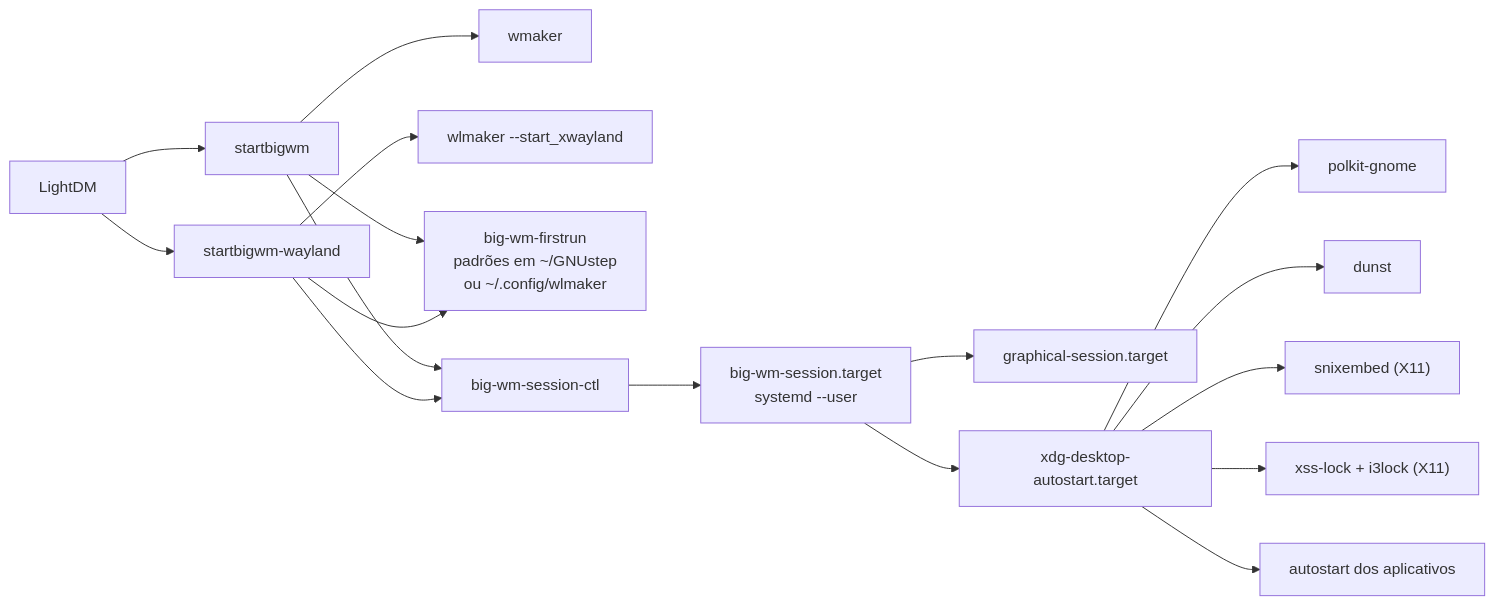
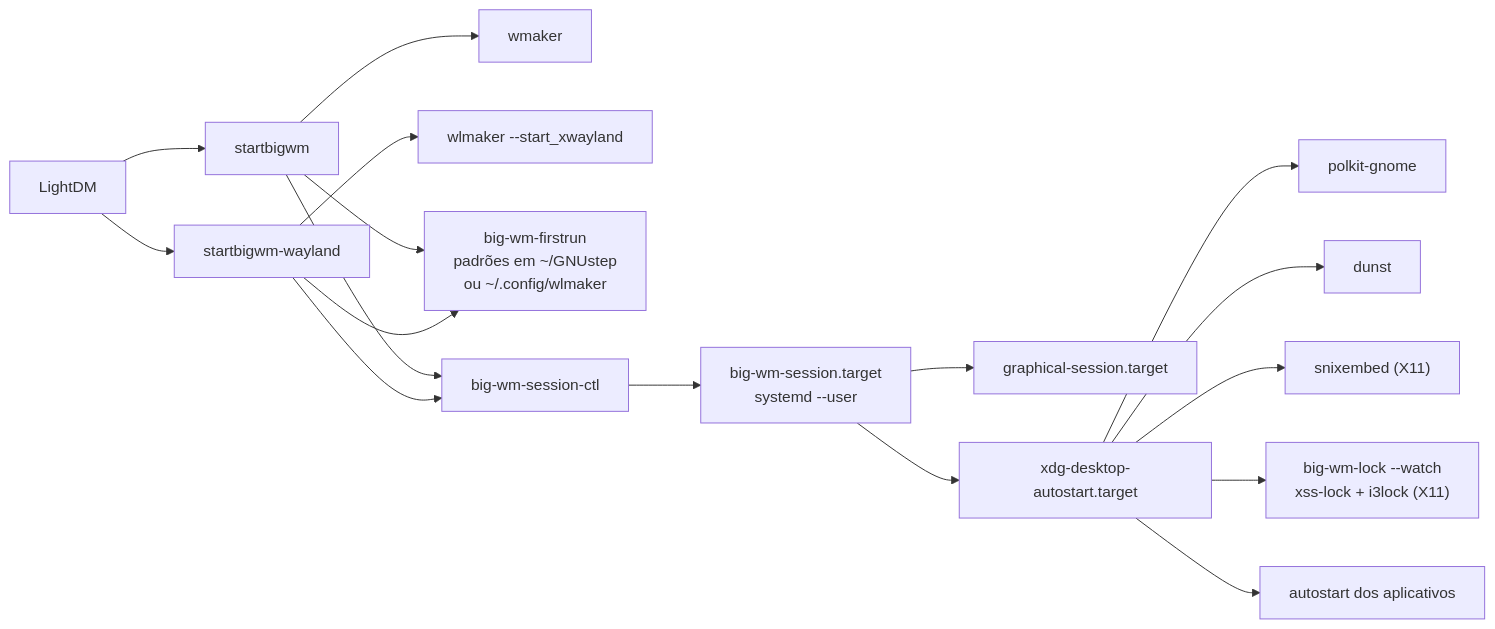
The diagram in README.md (big-windowmaker/big-wm), drawn with Mermaid before and after one commit. The commit also changed other lines of this file, not shown here.

Commit message:
README: menu Aplicativos, dockapps extras, gtk-nocsd e big-wm-lock

````diff
--- a/README.md
+++ b/README.md
@@ -103,15 +103,15 @@
 ```mermaid
 flowchart LR
   DM[LightDM] --> X[startbigwm] --> WM[wmaker]
   DM --> W[startbigwm-wayland] --> WL["wlmaker --start_xwayland"]
   X & W --> FR[big-wm-firstrun<br/>padrões em ~/GNUstep<br/>ou ~/.config/wlmaker]
   X & W --> SC[big-wm-session-ctl]
   SC --> T[big-wm-session.target<br/>systemd --user]
   T --> GS[graphical-session.target]
   T --> AS[xdg-desktop-autostart.target]
   AS --> P[polkit-gnome]
   AS --> N[dunst]
   AS --> TR["snixembed (X11)"]
-  AS --> L["xss-lock + i3lock (X11)"]
+  AS --> L["big-wm-lock --watch<br/>xss-lock + i3lock (X11)"]
   AS --> APPS[autostart dos aplicativos]
 ```
````
